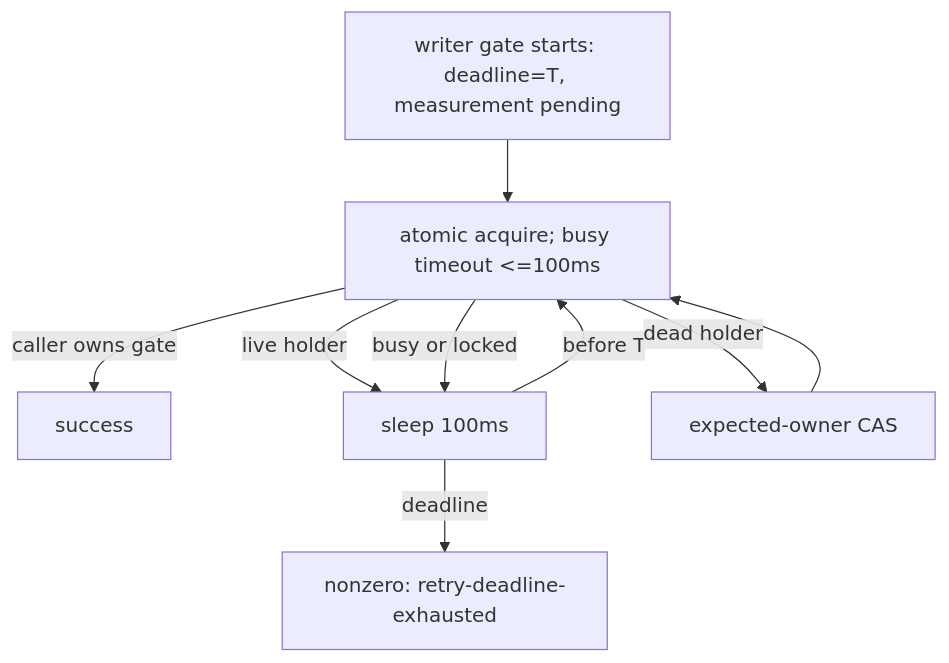
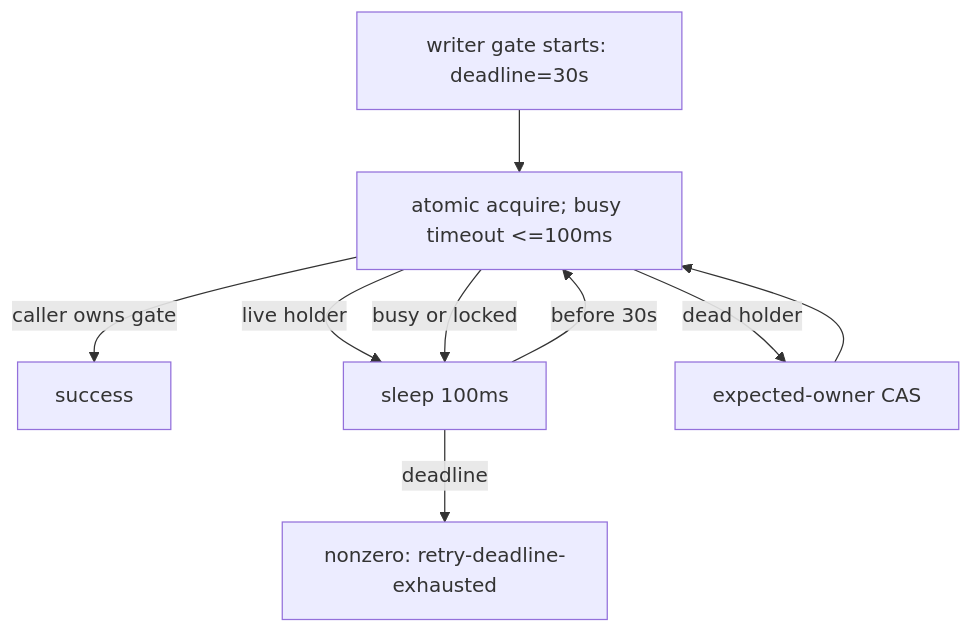
One commit to kappaseijin/agmsg changed the diagram in docs/plan/2026-08-26_issue-198-writer-gate-live-holder-visibility.md. Above: the diagram before and after it, drawn with Mermaid. The commit also changed other lines of this file, not shown here.

Commit message:
docs: set #198 deadline to 30 seconds

````diff
--- a/docs/plan/2026-08-26_issue-198-writer-gate-live-holder-visibility.md
+++ b/docs/plan/2026-08-26_issue-198-writer-gate-live-holder-visibility.md
@@ -30,11 +32,11 @@
 ```mermaid
 flowchart TD
-    A[writer gate starts: deadline=T, measurement pending] --> B[atomic acquire; busy timeout <=100ms]
+    A[writer gate starts: deadline=30s] --> B[atomic acquire; busy timeout <=100ms]
     B -->|caller owns gate| S[success]
     B -->|live holder| C[sleep 100ms]
-    C -->|before T| B
+    C -->|before 30s| B
     B -->|dead holder| D[expected-owner CAS]
     D --> B
     B -->|busy or locked| C
     C -->|deadline| F[nonzero: retry-deadline-exhausted]
 ```
````
